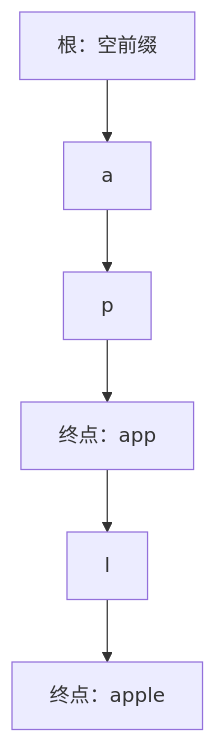
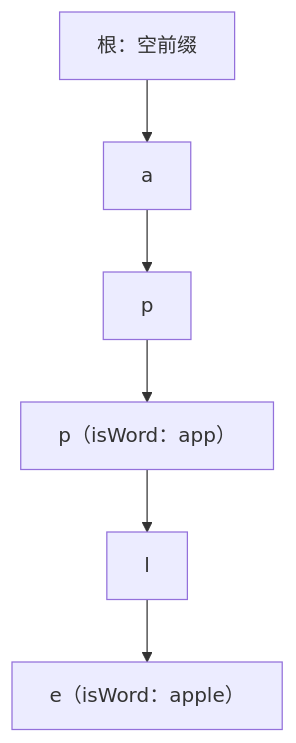
One commit to xiehanff/myblog changed the diagram in content/cs101/02-算法与数据结构/01-算法基础/15-字符串算法.md. Above: the diagram before and after it, drawn with Mermaid. The commit also changed 7 other files, not shown here.

Commit message:
docs: 修正网络与数据结构课程文档的图表和文本表述

````diff
--- a/content/cs101/02-算法与数据结构/01-算法基础/15-字符串算法.md
+++ b/content/cs101/02-算法与数据结构/01-算法基础/15-字符串算法.md
@@ -249,8 +249,8 @@
 ```mermaid
 flowchart TD
-  Root["根：空前缀"] --> A["a"]
-  A --> P1["p"]
-  P1 --> App["终点：app"]
-  App --> L["l"]
-  L --> Apple["终点：apple"]
+  Root[根：空前缀] --> A[a]
+  A --> P1[p]
+  P1 --> App["p（isWord：app）"]
+  App --> L[l]
+  L --> Apple["e（isWord：apple）"]
 ```
````
